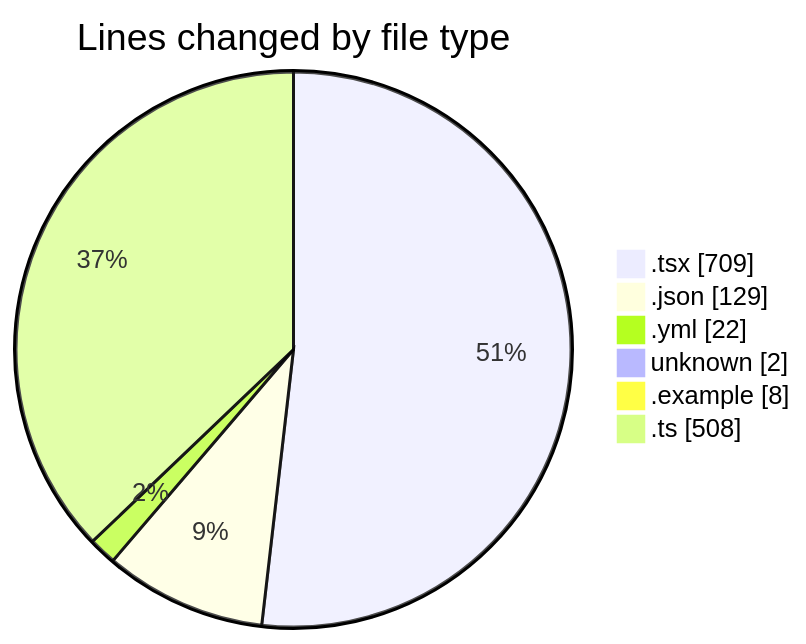
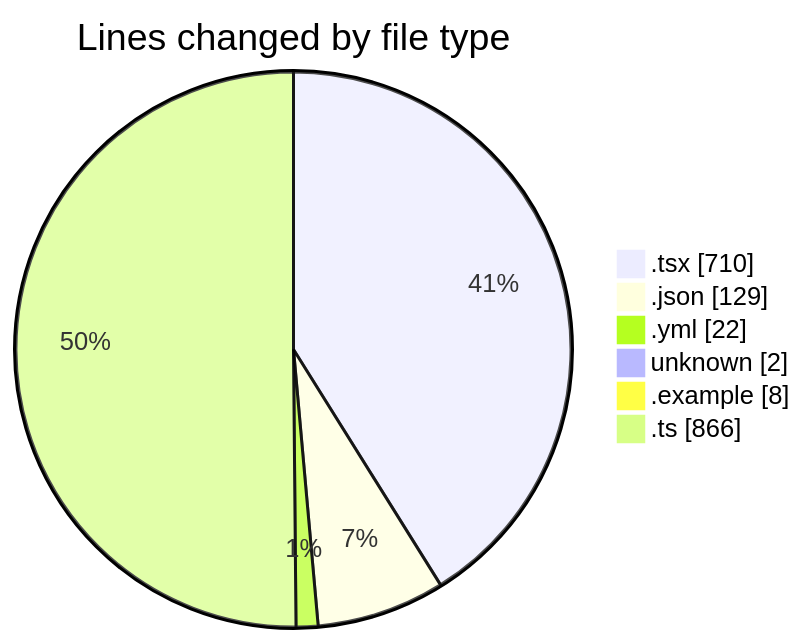
The first of 2 diagrams in 2025-11-21/eventscop-frontend-guide__workspace_/README.md (julien-gomy/code-tracking), drawn with Mermaid before and after one commit. The commit also changed other lines of this file and 1 other file, not shown here.

````diff
--- a/2025-11-21/eventscop-frontend-guide__workspace_/README.md
+++ b/2025-11-21/eventscop-frontend-guide__workspace_/README.md
@@ -34,10 +35,10 @@
 ```mermaid
 pie showData
 title Lines changed by file type
-".tsx" : 709
+".tsx" : 710
 ".json" : 129
 ".yml" : 22
 "unknown" : 2
 ".example" : 8
-".ts" : 508
+".ts" : 866
 ```
````
